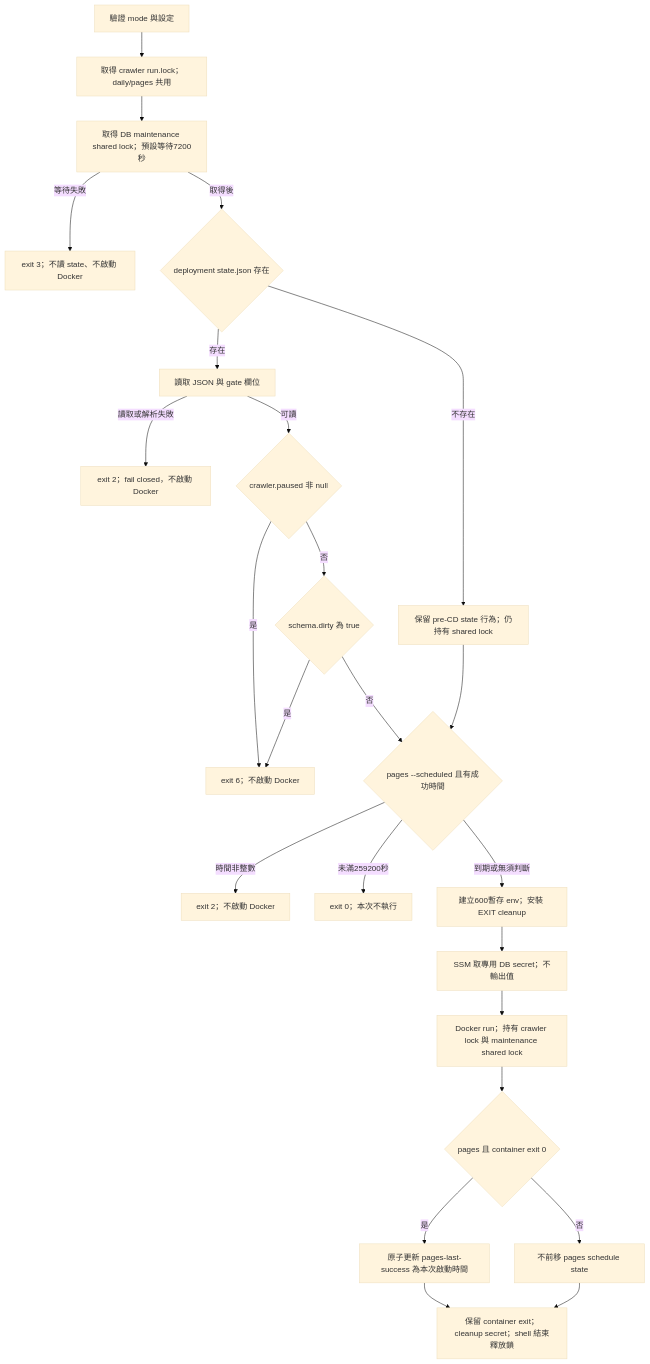
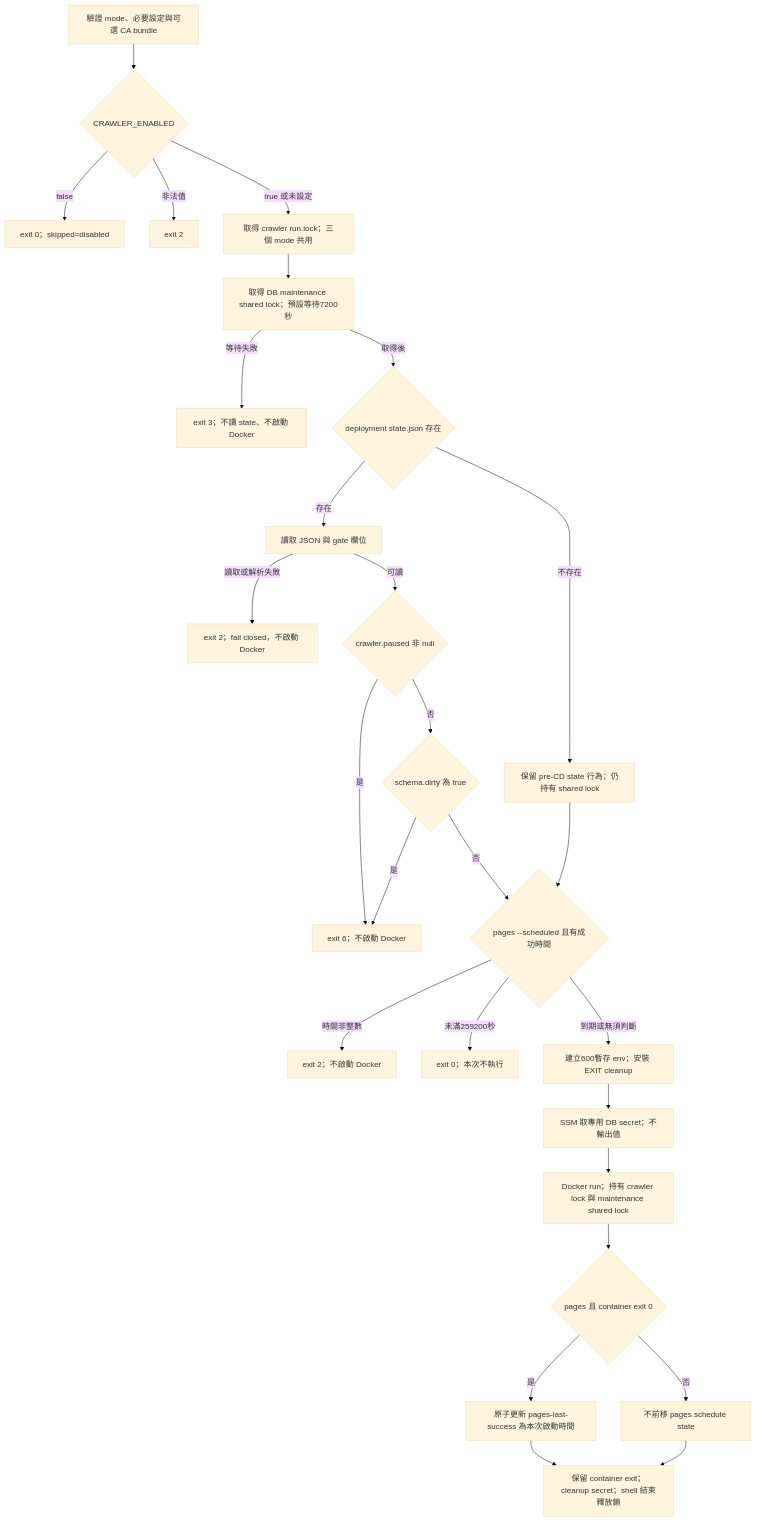
One commit to Arthur801/Book-Finder changed the fourth of 9 diagrams in crawler/docs/workflow-diagram.md. Above: the diagram before and after it, drawn with Mermaid (base theme). The commit also changed other lines of this file and 4 other files, not shown here.

Commit message:
docs(crawler): organize module docs and diagram runner workflows

````diff
--- a/crawler/docs/workflow-diagram.md
+++ b/crawler/docs/workflow-diagram.md
@@ -101,26 +104,29 @@
 ```mermaid
 flowchart TD
- H[驗證 mode 與設定] --> MODELOCK[取得 crawler run.lock；daily/pages 共用]
+ H[驗證 mode、必要設定與可選 CA bundle] --> ENABLED{CRAWLER_ENABLED}
+ ENABLED -->|false| DISABLED[exit 0；skipped=disabled]
+ ENABLED -->|非法值| CONFIG[exit 2]
+ ENABLED -->|true 或未設定| MODELOCK[取得 crawler run.lock；三個 mode 共用]
  MODELOCK --> MAINT[取得 DB maintenance shared lock；預設等待7200秒]
  MAINT -->|等待失敗| BUSY[exit 3；不讀 state、不啟動 Docker]
  MAINT -->|取得後| STATE{deployment state.json 存在}
  STATE -->|不存在| LEGACY[保留 pre-CD state 行為；仍持有 shared lock]
  STATE -->|存在| READ[讀取 JSON 與 gate 欄位]
  READ -->|讀取或解析失敗| CLOSED[exit 2；fail closed，不啟動 Docker]
  READ -->|可讀| PAUSE{crawler.paused 非 null}
  PAUSE -->|是| SKIP[exit 6；不啟動 Docker]
  PAUSE -->|否| DIRTY{schema.dirty 為 true}
  DIRTY -->|是| SKIP
  DIRTY -->|否| SCHED{pages --scheduled 且有成功時間}
  LEGACY --> SCHED
  SCHED -->|時間非整數| BAD[exit 2；不啟動 Docker]
  SCHED -->|未滿259200秒| NOTDUE[exit 0；本次不執行]
  SCHED -->|到期或無須判斷| ENV[建立600暫存 env；安裝 EXIT cleanup]
  ENV --> SSM[SSM 取專用 DB secret；不輸出值]
  SSM --> DOCKER[Docker run；持有 crawler lock 與 maintenance shared lock]
  DOCKER --> RESULT{pages 且 container exit 0}
  RESULT -->|是| UPDATE[原子更新 pages-last-success 為本次啟動時間]
  RESULT -->|否| KEEP[不前移 pages schedule state]
  UPDATE --> EXIT[保留 container exit；cleanup secret；shell 結束釋放鎖]
  KEEP --> EXIT
 ```
````
